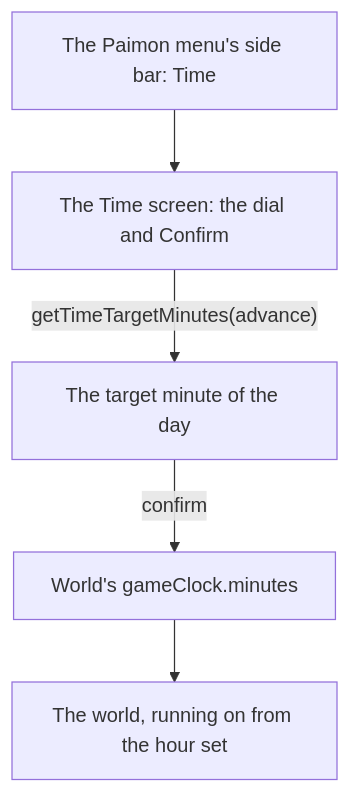
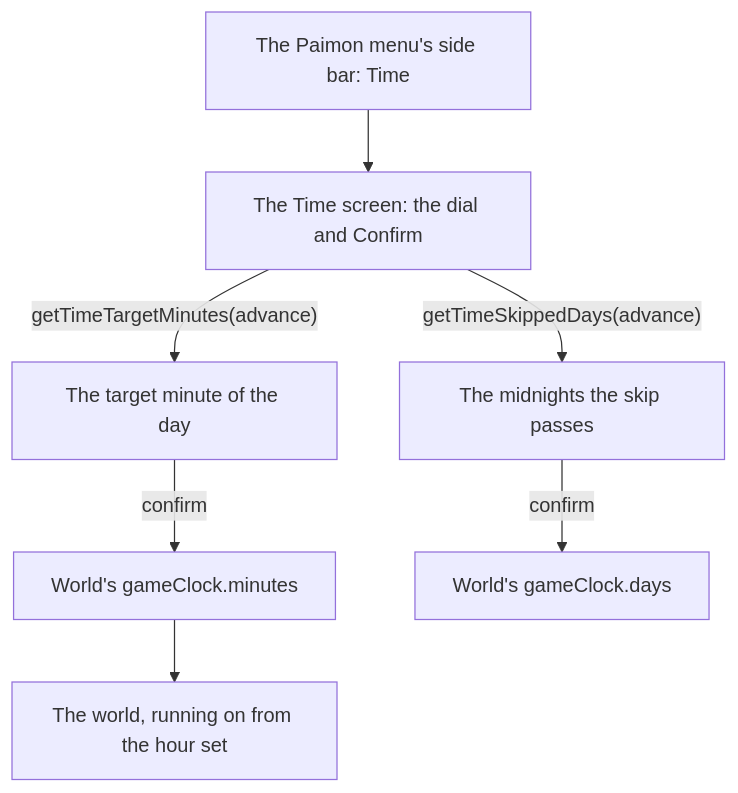
One commit to Esposter/Esposter changed the diagram in openspec/changes/genshin-menu-time/design.md. Above: the diagram before and after it, drawn with Mermaid. The commit also changed other lines of this file and 4 other files, not shown here.

First line of the commit message:
fix(genshin-world): the Time screen's two readings share one clamp of the advance

````diff
--- a/openspec/changes/genshin-menu-time/design.md
+++ b/openspec/changes/genshin-menu-time/design.md
@@ -14,7 +14,9 @@
 ```mermaid
 flowchart TD
   MENU["The Paimon menu's side bar: Time"] --> SCREEN["The Time screen: the dial and Confirm"]
   SCREEN -->|"getTimeTargetMinutes(advance)"| TARGET["The target minute of the day"]
   TARGET -->|"confirm"| CLOCK["World's gameClock.minutes"]
+  SCREEN -->|"getTimeSkippedDays(advance)"| SKIPPED["The midnights the skip passes"]
+  SKIPPED -->|"confirm"| DAYS["World's gameClock.days"]
   CLOCK --> WORLD["The world, running on from the hour set"]
 ```
````
